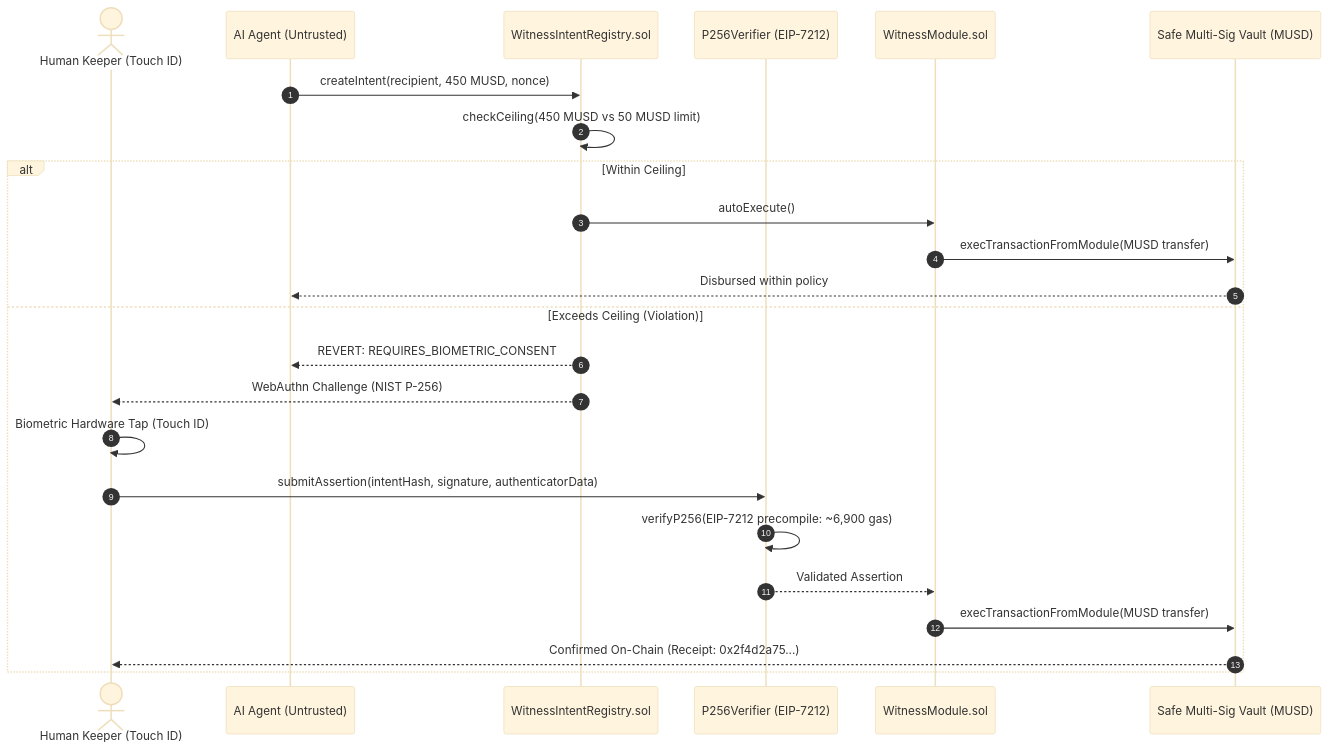
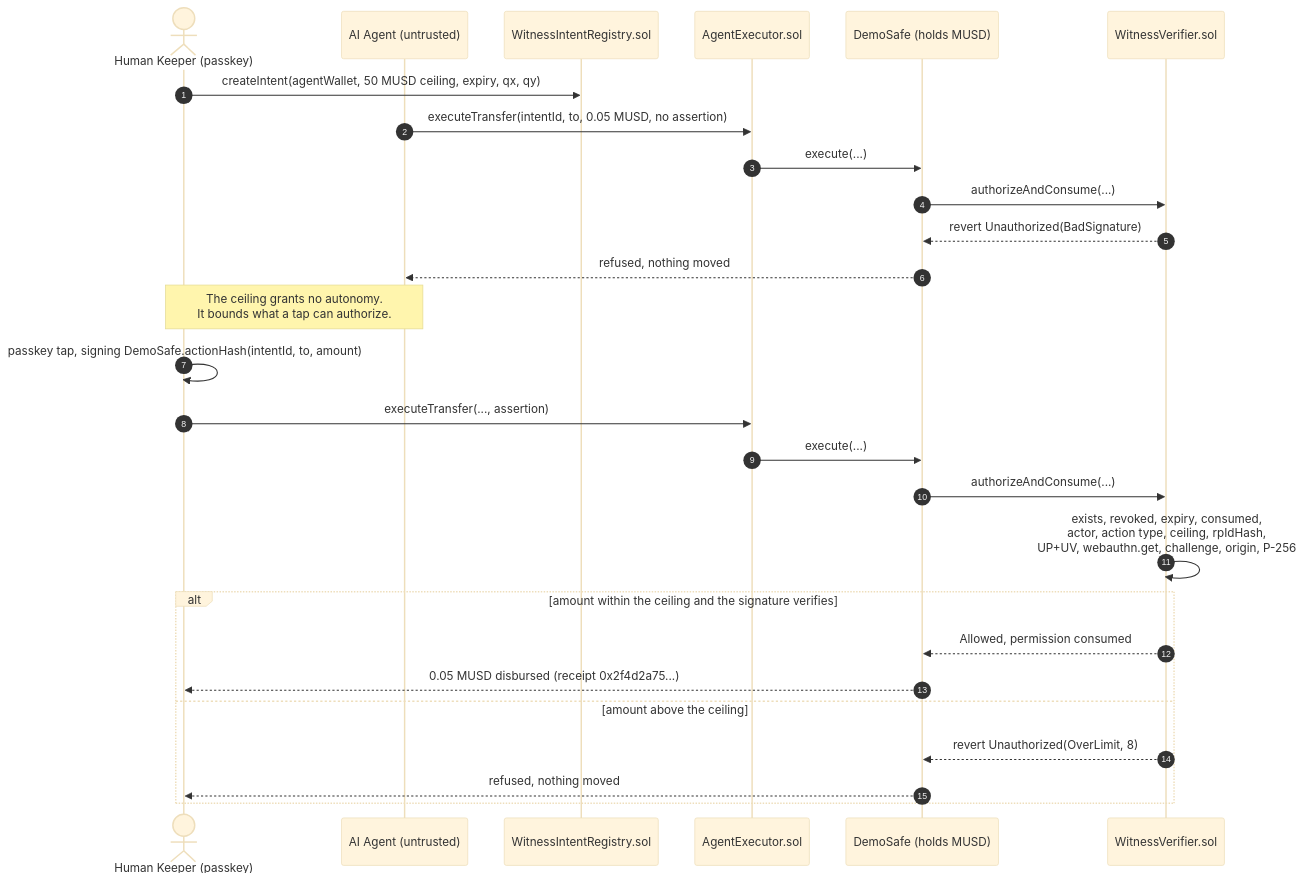
The first of 3 diagrams in README.md (thesithunyein/witness), drawn with Mermaid (base theme) before and after one commit. The commit also changed other lines of this file and 8 other files, not shown here.

````diff
--- a/README.md
+++ b/README.md
@@ -115,27 +115,31 @@
 ```mermaid
 sequenceDiagram
   autonumber
-  actor Human as Human Keeper (Touch ID)
-  participant Agent as AI Agent (Untrusted)
+  actor Human as Human Keeper (passkey)
+  participant Agent as AI Agent (untrusted)
   participant Registry as WitnessIntentRegistry.sol
-  participant Verifier as P256Verifier (EIP-7212)
-  participant Module as WitnessModule.sol
-  participant Safe as Safe Multi-Sig Vault (MUSD)
+  participant Executor as AgentExecutor.sol
+  participant Safe as DemoSafe (holds MUSD)
+  participant Verifier as WitnessVerifier.sol
 
-  Agent->>Registry: createIntent(recipient, 450 MUSD, nonce)
-  Registry->>Registry: checkCeiling(450 MUSD vs 50 MUSD limit)
-  alt Within Ceiling
-    Registry->>Module: autoExecute()
-    Module->>Safe: execTransactionFromModule(MUSD transfer)
-    Safe-->>Agent: Disbursed within policy
-  else Exceeds Ceiling (Violation)
-    Registry-->>Agent: REVERT: REQUIRES_BIOMETRIC_CONSENT
-    Registry-->>Human: WebAuthn Challenge (NIST P-256)
-    Human->>Human: Biometric Hardware Tap (Touch ID)
-    Human->>Verifier: submitAssertion(intentHash, signature, authenticatorData)
-    Verifier->>Verifier: verifyP256(EIP-7212 precompile: ~6,900 gas)
-    Verifier-->>Module: Validated Assertion
-    Module->>Safe: execTransactionFromModule(MUSD transfer)
-    Safe-->>Human: Confirmed On-Chain (Receipt: 0x2f4d2a75...)
+  Human->>Registry: createIntent(agentWallet, 50 MUSD ceiling, expiry, qx, qy)
+  Agent->>Executor: executeTransfer(intentId, to, 0.05 MUSD, no assertion)
+  Executor->>Safe: execute(...)
+  Safe->>Verifier: authorizeAndConsume(...)
+  Verifier-->>Safe: revert Unauthorized(BadSignature)
+  Safe-->>Agent: refused, nothing moved
+  Note over Human,Agent: The ceiling grants no autonomy.<br/>It bounds what a tap can authorize.
+
+  Human->>Human: passkey tap, signing DemoSafe.actionHash(intentId, to, amount)
+  Human->>Executor: executeTransfer(..., assertion)
+  Executor->>Safe: execute(...)
+  Safe->>Verifier: authorizeAndConsume(...)
+  Verifier->>Verifier: exists, revoked, expiry, consumed,<br/>actor, action type, ceiling, rpIdHash,<br/>UP+UV, webauthn.get, challenge, origin, P-256
+  alt amount within the ceiling and the signature verifies
+    Verifier-->>Safe: Allowed, permission consumed
+    Safe-->>Human: 0.05 MUSD disbursed (receipt 0x2f4d2a75...)
+  else amount above the ceiling
+    Verifier-->>Safe: revert Unauthorized(OverLimit, 8)
+    Safe-->>Human: refused, nothing moved
   end
 ```
````
